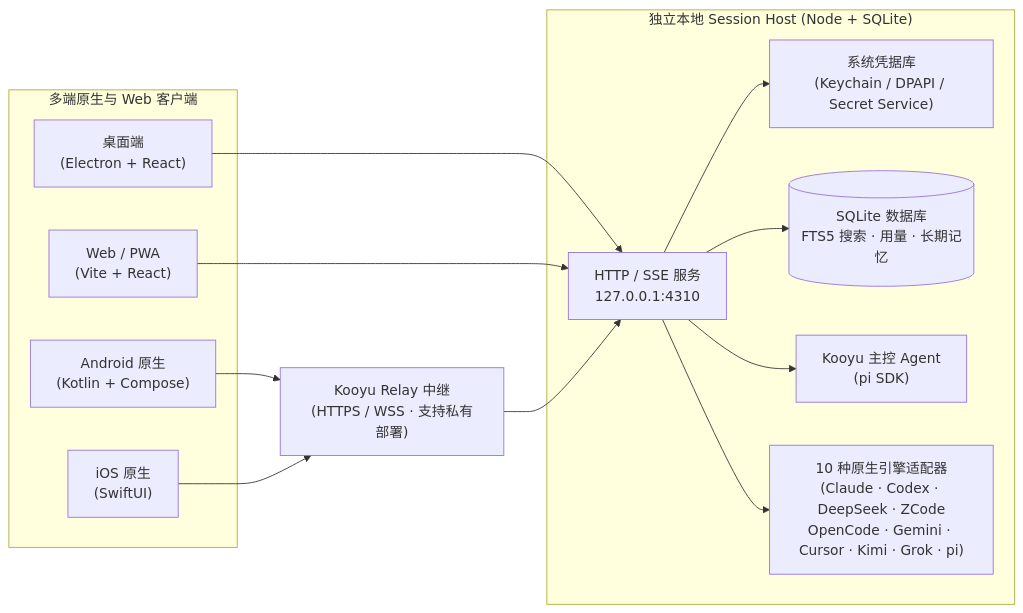
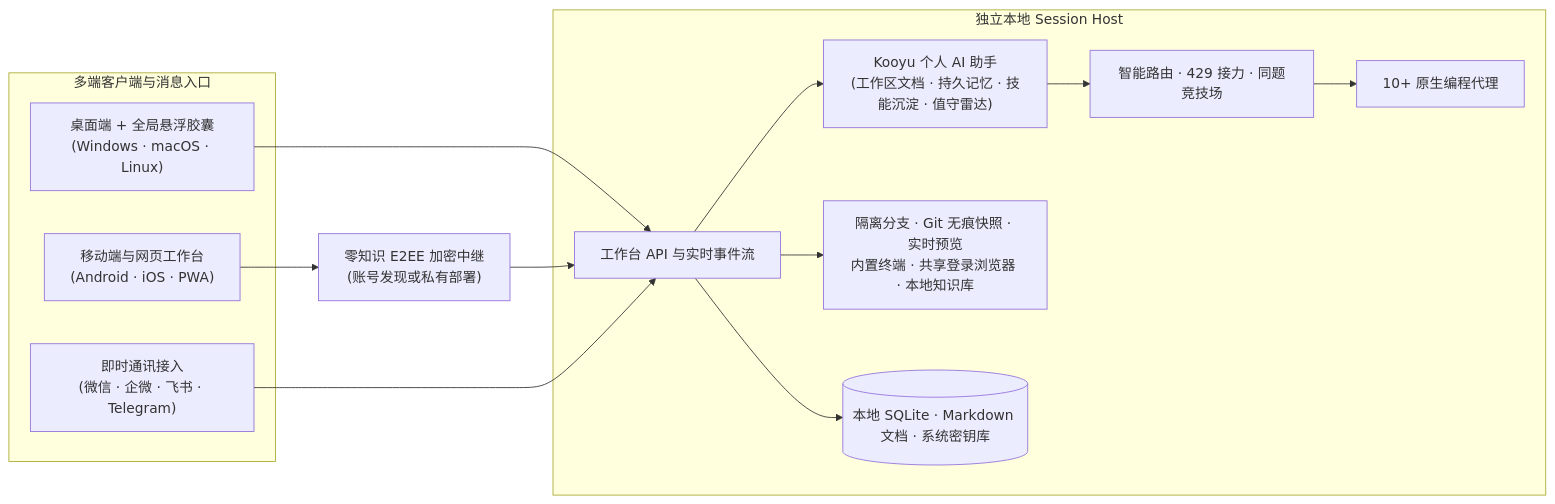
The diagram in README.zh-CN.md (sh2001sh/Kooyu), drawn with Mermaid before and after one commit. The commit also changed other lines of this file and 290 other files, not shown here.

````diff
--- a/README.zh-CN.md
+++ b/README.zh-CN.md
@@ -208,28 +211,27 @@
 ```mermaid
 flowchart LR
-  subgraph Clients["多端原生与 Web 客户端"]
-    Desktop["桌面端\n(Electron + React)"]
-    Web["Web / PWA\n(Vite + React)"]
-    Android["Android 原生\n(Kotlin + Compose)"]
-    iOS["iOS 原生\n(SwiftUI)"]
+  subgraph Clients["多端客户端与消息入口"]
+    Desktop["桌面端 + 全局悬浮胶囊\n(Windows · macOS · Linux)"]
+    Mobile["移动端与网页工作台\n(Android · iOS · PWA)"]
+    IM["即时通讯接入\n(微信 · 企微 · 飞书 · Telegram)"]
   end
 
-  Relay["Kooyu Relay 中继\n(HTTPS / WSS · 支持私有部署)"]
+  Bridge["零知识 E2EE 加密中继\n(账号发现或私有部署)"]
 
-  subgraph Host["独立本地 Session Host (Node + SQLite)"]
-    API["HTTP / SSE 服务\n127.0.0.1:4310"]
-    Vault["系统凭据库\n(Keychain / DPAPI / Secret Service)"]
-    DB[("SQLite 数据库\nFTS5 搜索 · 用量 · 长期记忆")]
-    Supervisor["Kooyu 主控 Agent\n(pi SDK)"]
-    Adapters["10 种原生引擎适配器\n(Claude · Codex · DeepSeek · ZCode\nOpenCode · Gemini · Cursor · Kimi · Grok · pi)"]
+  subgraph Host["独立本地 Session Host"]
+    API["工作台 API 与实时事件流"]
+    Supervisor["Kooyu 个人 AI 助手\n(工作区文档 · 持久记忆 · 技能沉淀 · 值守雷达)"]
+    Router["智能路由 · 429 接力 · 同题竞技场"]
+    Adapters["10+ 原生编程代理"]
+    Tools["隔离分支 · Git 无痕快照 · 实时预览\n内置终端 · 共享登录浏览器 · 本地知识库"]
+    Storage[("本地 SQLite · Markdown 文档 · 系统密钥库")]
   end
 
   Desktop --> API
-  Web --> API
-  Android --> Relay --> API
-  iOS --> Relay
-  API --> DB
-  API --> Vault
+  Mobile --> Bridge --> API
+  IM --> API
   API --> Supervisor
-  API --> Adapters
+  Supervisor --> Router --> Adapters
+  API --> Tools
+  API --> Storage
 ```
````
